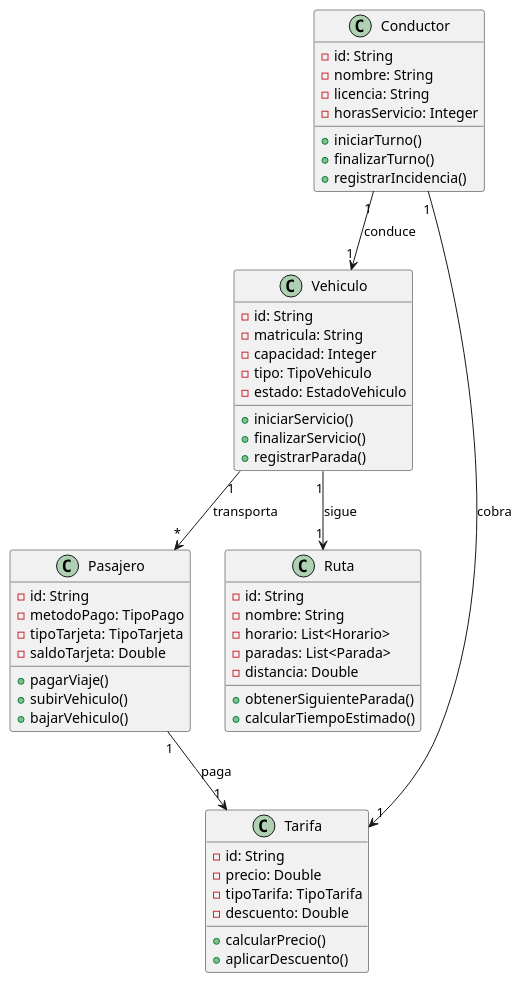
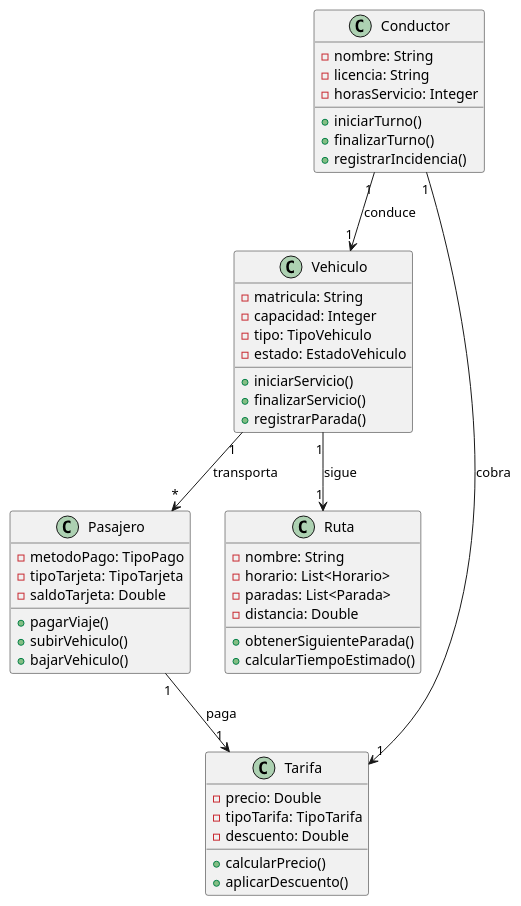
Before and after one commit to Ingenieria-Informatica-UNEATLANTICO/app-actividad-post-parcial-ceesargaarcia: the diagram in modelosUML/examenMejorado/diagramaClases.puml, drawn with PlantUML. The commit also changed 3 other files, not shown here.

Commit message:
diagramas simplificados

```diff
--- a/modelosUML/examenMejorado/diagramaClases.puml
+++ b/modelosUML/examenMejorado/diagramaClases.puml
@@ -1,59 +1,54 @@
 @startuml
 class Vehiculo {
-    -id: String
     -matricula: String
     -capacidad: Integer
     -tipo: TipoVehiculo
     -estado: EstadoVehiculo
     +iniciarServicio()
     +finalizarServicio()
     +registrarParada()
 }
 
 class Conductor {
-    -id: String
     -nombre: String
     -licencia: String
     -horasServicio: Integer
     +iniciarTurno()
     +finalizarTurno()
     +registrarIncidencia()
 }
 
 class Pasajero {
-    -id: String
     -metodoPago: TipoPago
     -tipoTarjeta: TipoTarjeta
     -saldoTarjeta: Double
     +pagarViaje()
     +subirVehiculo()
     +bajarVehiculo()
 }
 
 class Ruta {
-    -id: String
     -nombre: String
     -horario: List<Horario>
     -paradas: List<Parada>
     -distancia: Double
     +obtenerSiguienteParada()
     +calcularTiempoEstimado()
 }
 
 class Tarifa {
-    -id: String
     -precio: Double
     -tipoTarifa: TipoTarifa
     -descuento: Double
     +calcularPrecio()
     +aplicarDescuento()
 }
 
 ' Relaciones con cardinalidad
 Conductor "1" --> "1" Vehiculo: conduce 
 Vehiculo "1" --> "*" Pasajero: transporta 
 Vehiculo "1" --> "1" Ruta: sigue 
 Conductor "1" --> "1" Tarifa: cobra 
 Pasajero "1" --> "1" Tarifa: paga 
 
 @enduml
```
